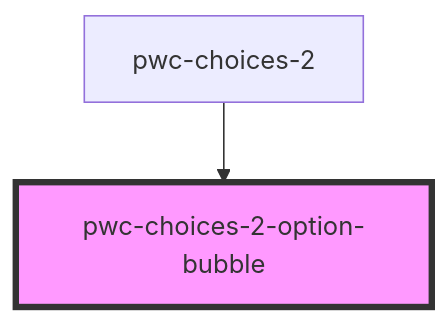
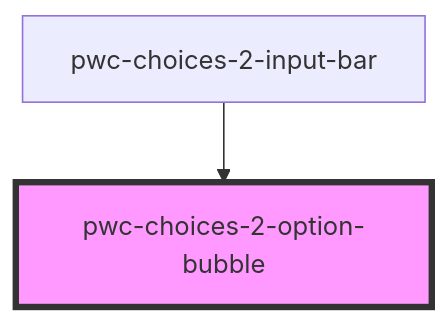
Before and after one commit to Paraboly/pwc-choices: the diagram in src/components/pwc-choices-2-option-bubble/readme.md, drawn with Mermaid. The commit also changed other lines of this file and 4 other files, not shown here.

````diff
--- a/src/components/pwc-choices-2-option-bubble/readme.md
+++ b/src/components/pwc-choices-2-option-bubble/readme.md
@@ -29,5 +29,5 @@
 ```mermaid
 graph TD;
-  pwc-choices-2 --> pwc-choices-2-option-bubble
+  pwc-choices-2-input-bar --> pwc-choices-2-option-bubble
   style pwc-choices-2-option-bubble fill:#f9f,stroke:#333,stroke-width:4px
 ```
````
